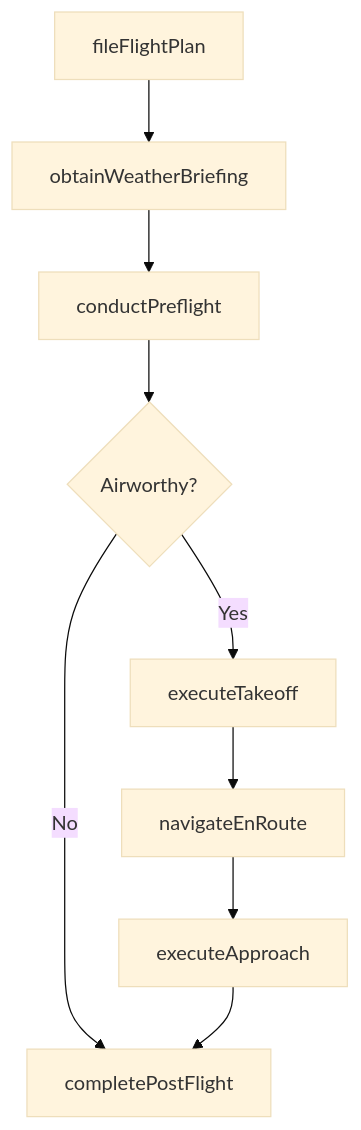
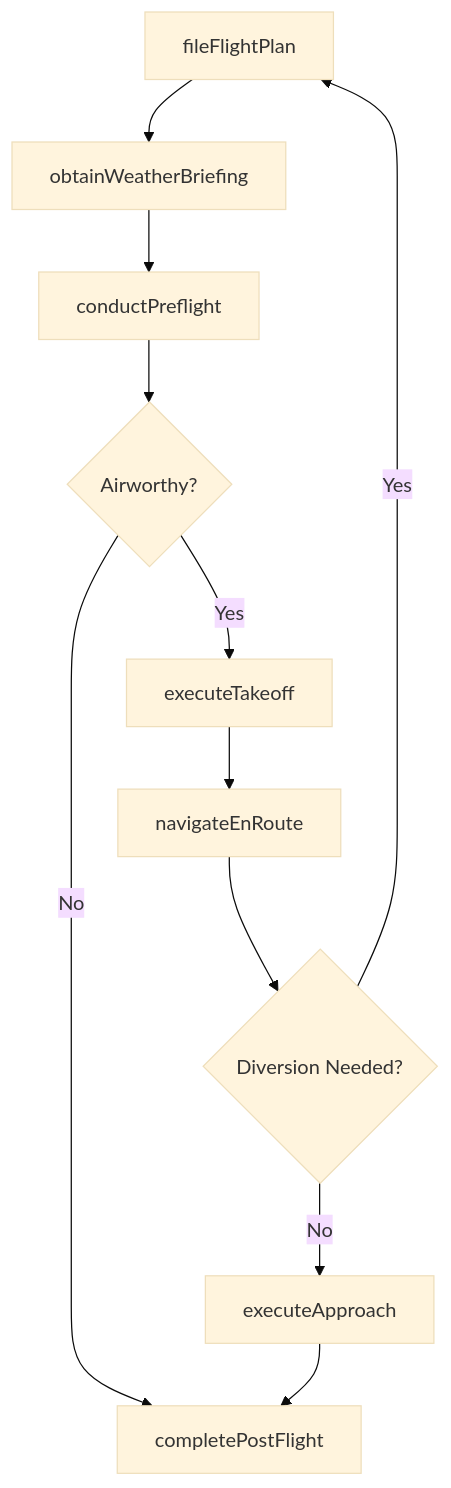
The third of 4 diagrams in OperatingVehiclesMechanizedDevicesOrEquipment/OperateTransportationEquipmentOrVehicles/PilotAircraft.mdx (dot-org-ai/tasks.org.ai), drawn with Mermaid (base theme) before and after one commit. The commit also changed other lines of this file and 307 other files, not shown here.

First line of the commit message:
feat: Add ER diagrams and state diagrams to remaining 308 DWA task files (wave 3 complete)

````diff
--- a/OperatingVehiclesMechanizedDevicesOrEquipment/OperateTransportationEquipmentOrVehicles/PilotAircraft.mdx
+++ b/OperatingVehiclesMechanizedDevicesOrEquipment/OperateTransportationEquipmentOrVehicles/PilotAircraft.mdx
@@ -89,11 +117,13 @@
 ```mermaid
 graph TD
     A[fileFlightPlan] --> B[obtainWeatherBriefing]
     B --> C[conductPreflight]
     C --> D{Airworthy?}
     D -->|No| E[completePostFlight]
     D -->|Yes| F[executeTakeoff]
     F --> G[navigateEnRoute]
-    G --> H[executeApproach]
-    H --> E
+    G --> H{Diversion Needed?}
+    H -->|Yes| A
+    H -->|No| I[executeApproach]
+    I --> E
 ```
````
